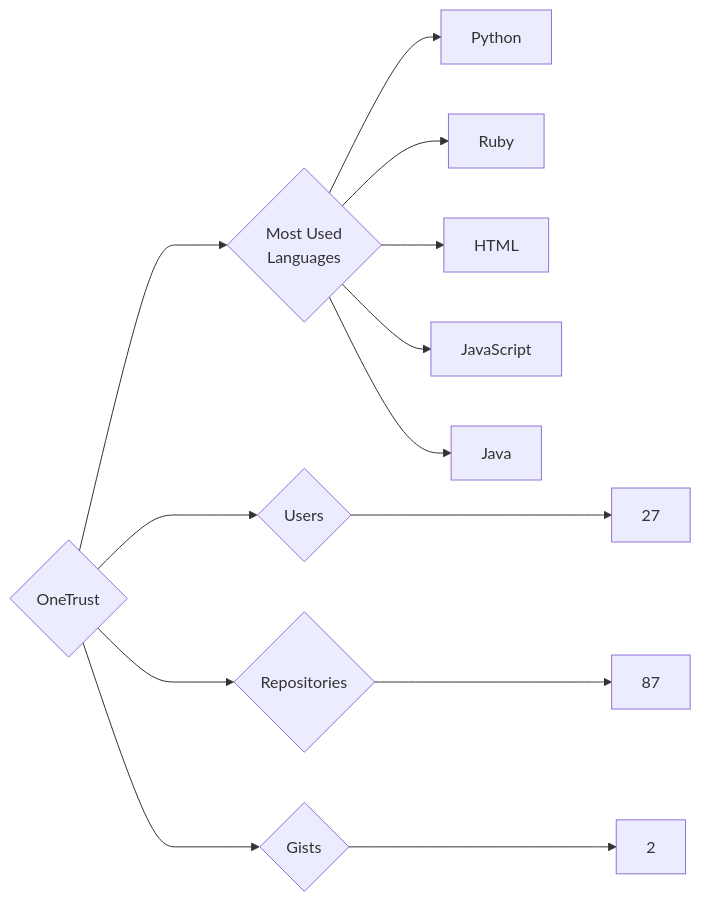
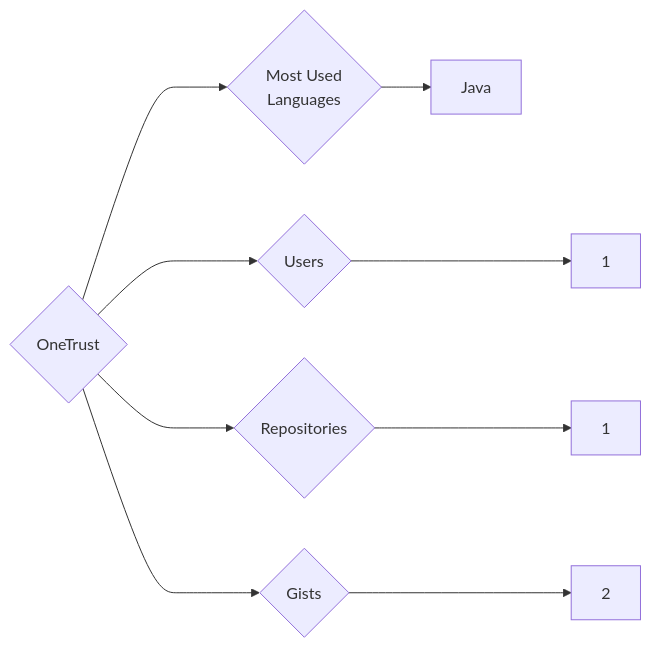
One commit to trickest/insiders changed the diagram in targets/OneTrust/README.md. Above: the diagram before and after it, drawn with Mermaid. The commit also changed 682 other files, not shown here.

````diff
--- a/targets/OneTrust/README.md
+++ b/targets/OneTrust/README.md
@@ -3,13 +3,9 @@
 ```mermaid
 graph LR
 COMPANY_NAME{OneTrust}
-COMPANY_NAME ---> U{Users} ---> UN[27]
-COMPANY_NAME ---> R{Repositories} ---> RN[87]
+COMPANY_NAME ---> U{Users} ---> UN[1]
+COMPANY_NAME ---> R{Repositories} ---> RN[1]
 COMPANY_NAME ---> G{Gists} ---> GN[2]
 COMPANY_NAME ---> ML{Most Used<br>Languages}
-ML --> Python[Python]
-ML --> Ruby[Ruby]
-ML --> HTML[HTML]
-ML --> JavaScript[JavaScript]
 ML --> Java[Java]
 ```
````
